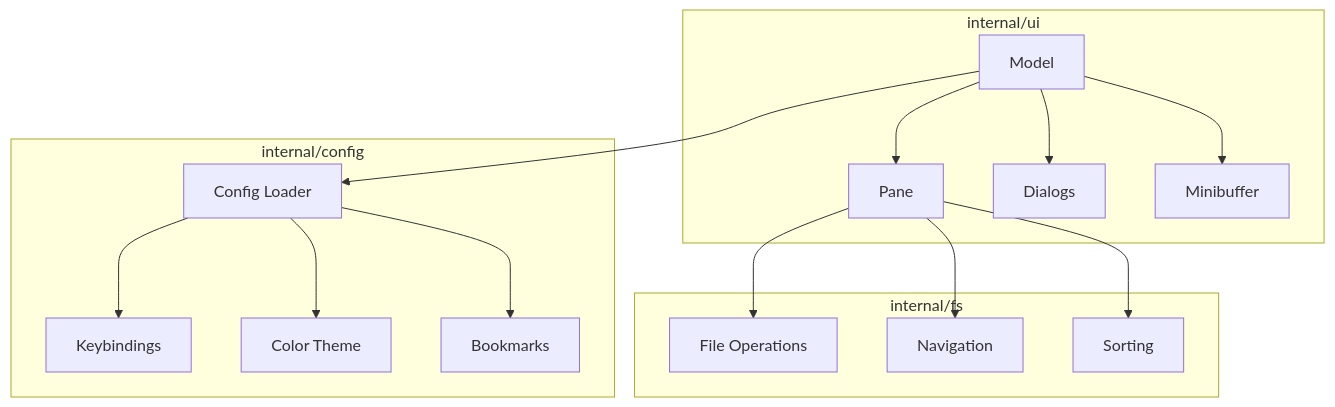
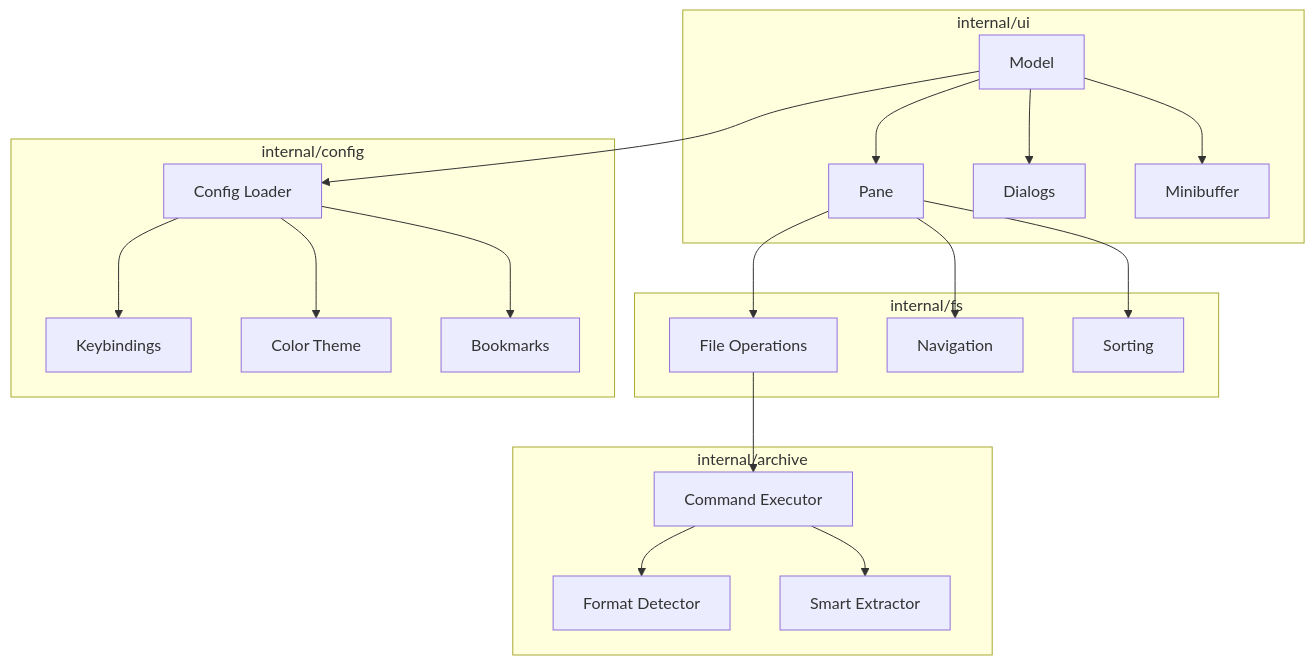
The diagram in doc/SPECIFICATION.md (m-m-n/duofm), drawn with Mermaid before and after one commit. The commit also changed other lines of this file and 2 other files, not shown here.

````diff
--- a/doc/SPECIFICATION.md
+++ b/doc/SPECIFICATION.md
@@ -9,33 +9,42 @@
 ```mermaid
 graph TB
     subgraph UI["internal/ui"]
         Model[Model]
         Pane[Pane]
         Dialog[Dialogs]
         Minibuffer[Minibuffer]
     end
 
     subgraph FS["internal/fs"]
         Operations[File Operations]
         Navigation[Navigation]
         Sort[Sorting]
     end
 
     subgraph Config["internal/config"]
         ConfigLoader[Config Loader]
         Keybindings[Keybindings]
         Colors[Color Theme]
         Bookmarks[Bookmarks]
     end
 
+    subgraph Archive["internal/archive"]
+        Executor[Command Executor]
+        Detector[Format Detector]
+        Extractor[Smart Extractor]
+    end
+
     Model --> Pane
     Model --> Dialog
     Model --> Minibuffer
     Pane --> Operations
     Pane --> Navigation
     Pane --> Sort
     Model --> ConfigLoader
     ConfigLoader --> Keybindings
     ConfigLoader --> Colors
     ConfigLoader --> Bookmarks
+    Operations --> Executor
+    Executor --> Detector
+    Executor --> Extractor
 ```
````
